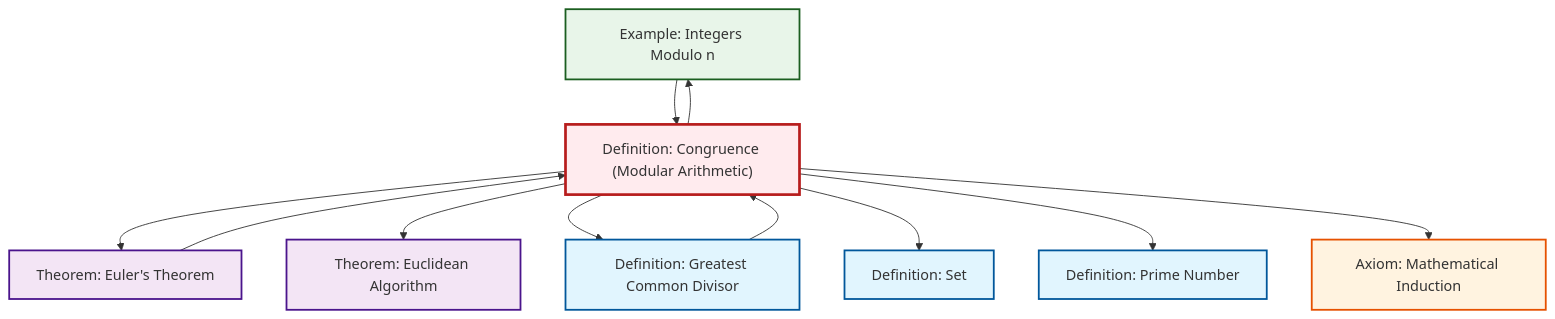
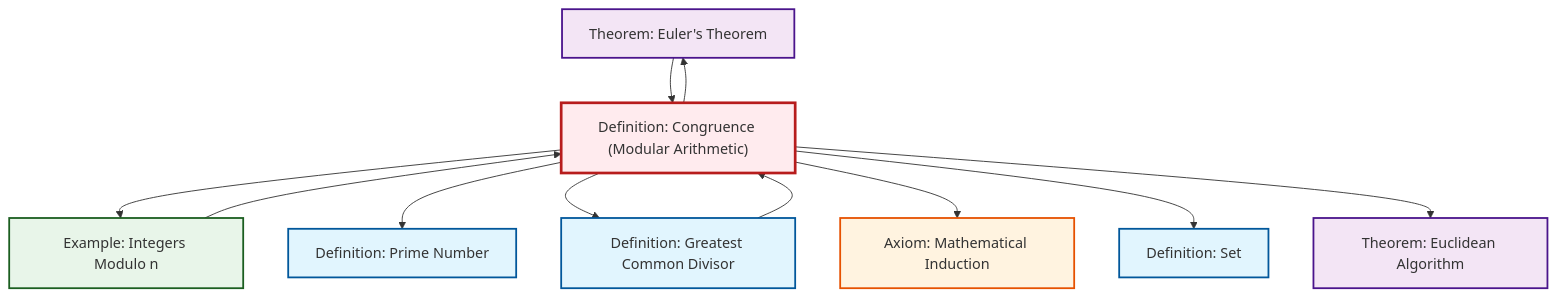
Before and after one commit to RK0429/ModernMath: the diagram in content/en/number-theory/def-congruence.qmd, drawn with Mermaid. The commit also changed other lines of this file and 474 other files, not shown here.

````diff
--- a/content/en/number-theory/def-congruence.qmd
+++ b/content/en/number-theory/def-congruence.qmd
@@ -121,35 +121,35 @@
 ```{mermaid}
 %%| fig-cap: "Local dependency graph"
 graph TD
     classDef definition fill:#e1f5fe,stroke:#01579b,stroke-width:2px
     classDef theorem fill:#f3e5f5,stroke:#4a148c,stroke-width:2px
     classDef axiom fill:#fff3e0,stroke:#e65100,stroke-width:2px
     classDef example fill:#e8f5e9,stroke:#1b5e20,stroke-width:2px
     classDef current fill:#ffebee,stroke:#b71c1c,stroke-width:3px
+    thm-euler["Theorem: Euler's Theorem"]:::theorem
+    def-prime["Definition: Prime Number"]:::definition
     def-set["Definition: Set"]:::definition
-    ex-quotient-integers-mod-n["Example: Integers Modulo n"]:::example
-    thm-euclidean-algorithm["Theorem: Euclidean Algorithm"]:::theorem
-    def-prime["Definition: Prime Number"]:::definition
     ax-induction["Axiom: Mathematical Induction"]:::axiom
     def-gcd["Definition: Greatest Common Divisor"]:::definition
-    thm-euler["Theorem: Euler's Theorem"]:::theorem
+    thm-euclidean-algorithm["Theorem: Euclidean Algorithm"]:::theorem
     def-congruence["Definition: Congruence (Modular Arithmetic)"]:::definition
+    ex-quotient-integers-mod-n["Example: Integers Modulo n"]:::example
+    def-congruence --> ex-quotient-integers-mod-n
+    def-congruence --> def-prime
+    def-congruence --> def-gcd
+    def-congruence --> ax-induction
+    def-congruence --> def-set
+    def-gcd --> def-congruence
+    def-congruence --> thm-euclidean-algorithm
     def-congruence --> thm-euler
-    def-congruence --> thm-euclidean-algorithm
-    def-congruence --> def-gcd
+    thm-euler --> def-congruence
     ex-quotient-integers-mod-n --> def-congruence
-    thm-euler --> def-congruence
-    def-congruence --> ex-quotient-integers-mod-n
-    def-gcd --> def-congruence
-    def-congruence --> def-set
-    def-congruence --> def-prime
-    def-congruence --> ax-induction
     class def-congruence current
+    click thm-euler "thm-euler.html" "Go to Euler's Theorem theorem"
+    click def-prime "def-prime.html" "Go to Prime Number definition"
     click def-set "def-set.html" "Go to Set definition"
-    click ex-quotient-integers-mod-n "ex-quotient-integers-mod-n.html" "Go to Integers Modulo n example"
-    click thm-euclidean-algorithm "thm-euclidean-algorithm.html" "Go to Euclidean Algorithm theorem"
-    click def-prime "def-prime.html" "Go to Prime Number definition"
     click ax-induction "ax-induction.html" "Go to Mathematical Induction axiom"
     click def-gcd "def-gcd.html" "Go to Greatest Common Divisor definition"
-    click thm-euler "thm-euler.html" "Go to Euler's Theorem theorem"
+    click thm-euclidean-algorithm "thm-euclidean-algorithm.html" "Go to Euclidean Algorithm theorem"
+    click ex-quotient-integers-mod-n "ex-quotient-integers-mod-n.html" "Go to Integers Modulo n example"
 ```
````
